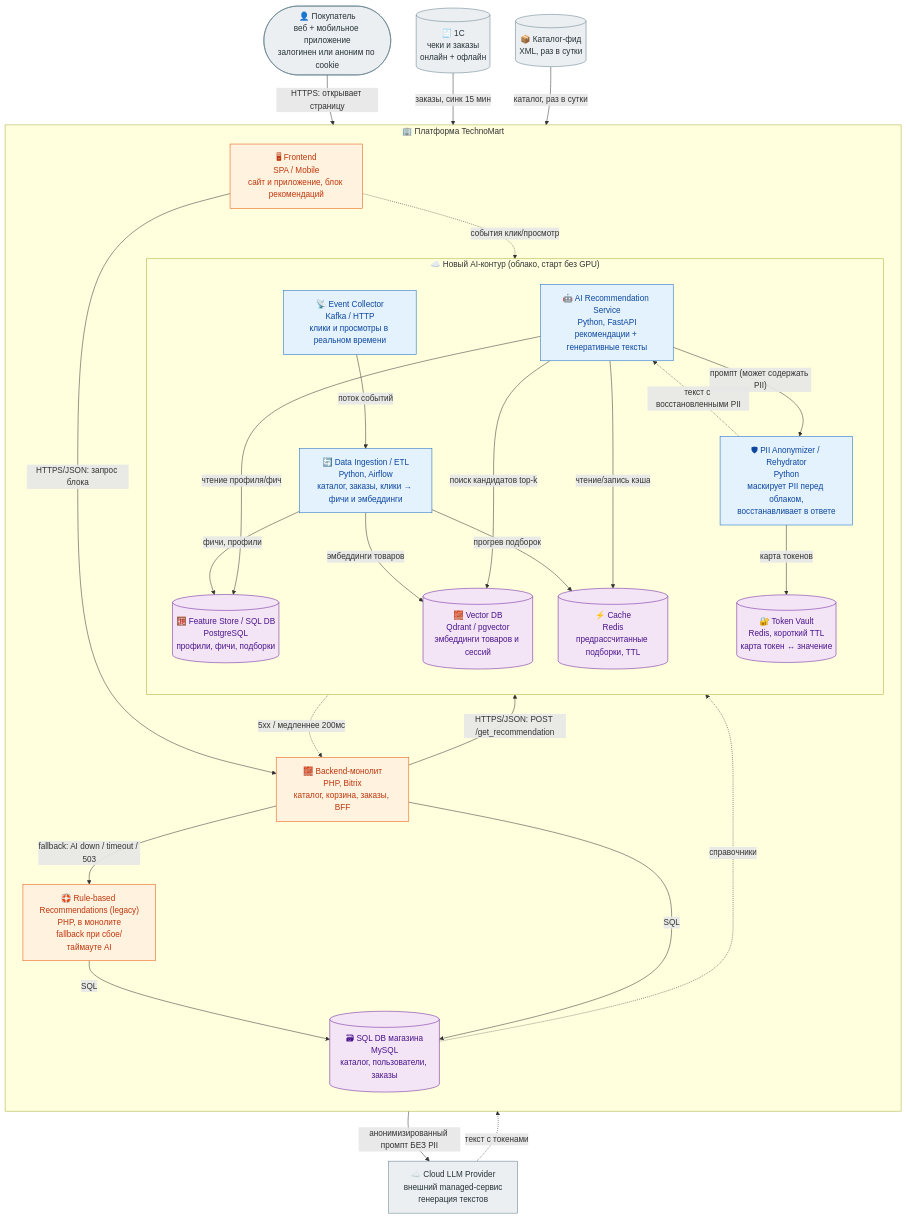
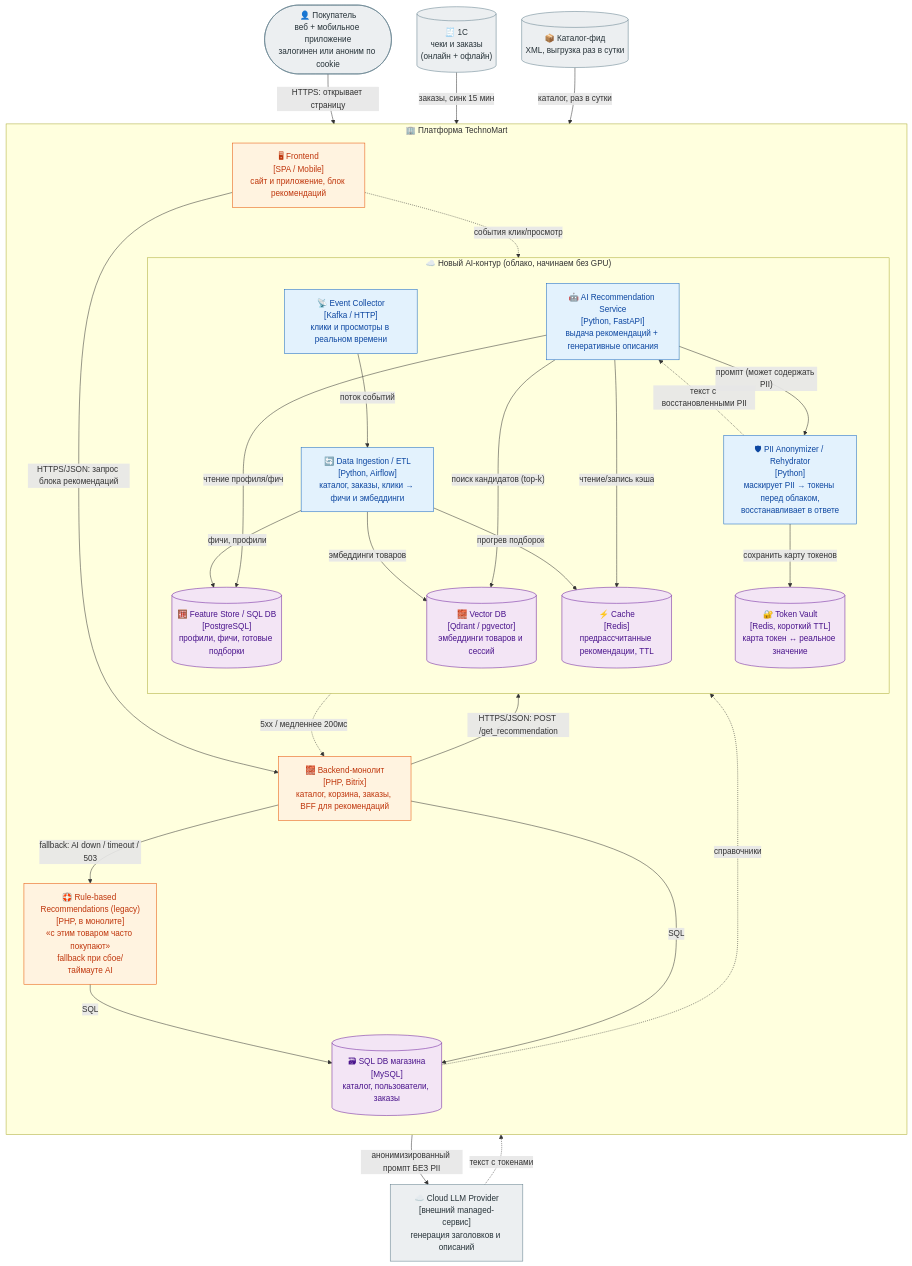
One commit to divisee/otus-ai-architect changed the second of 4 diagrams in hw-2/README.md. Above: the diagram before and after it, drawn with Mermaid. The commit also changed other lines of this file and 3 other files, not shown here.

````diff
--- a/hw-2/README.md
+++ b/hw-2/README.md
@@ -56,63 +58,77 @@
 ```mermaid
 flowchart TB
     User([👤 Покупатель<br/>веб + мобильное приложение<br/>залогинен или аноним по cookie])
 
     subgraph TM["🏢 Платформа TechnoMart"]
         direction TB
-        FE["🖥 Frontend<br/>SPA / Mobile<br/>сайт и приложение, блок рекомендаций"]
-        BE["🧱 Backend-монолит<br/>PHP, Bitrix<br/>каталог, корзина, заказы, BFF"]
-        LEGACY["🛟 Rule-based Recommendations (legacy)<br/>PHP, в монолите<br/>fallback при сбое/таймауте AI"]
-        MYSQL[("🗃 SQL DB магазина<br/>MySQL<br/>каталог, пользователи, заказы")]
 
-        subgraph NEW["☁️ Новый AI-контур (облако, старт без GPU)"]
+        FE["🖥 Frontend<br/>[SPA / Mobile]<br/>сайт и приложение, блок рекомендаций"]
+        BE["🧱 Backend-монолит<br/>[PHP, Bitrix]<br/>каталог, корзина, заказы, BFF для рекомендаций"]
+        LEGACY["🛟 Rule-based Recommendations (legacy)<br/>[PHP, в монолите]<br/>«с этим товаром часто покупают»<br/>fallback при сбое/таймауте AI"]
+        MYSQL[("🗃 SQL DB магазина<br/>[MySQL]<br/>каталог, пользователи, заказы")]
+
+        subgraph NEW["☁️ Новый AI-контур (облако, начинаем без GPU)"]
             direction TB
-            AISVC["🤖 AI Recommendation Service<br/>Python, FastAPI<br/>рекомендации + генеративные тексты"]
-            FS[("🧮 Feature Store / SQL DB<br/>PostgreSQL<br/>профили, фичи, подборки")]
-            VDB[("🧱 Vector DB<br/>Qdrant / pgvector<br/>эмбеддинги товаров и сессий")]
-            CACHE[("⚡ Cache<br/>Redis<br/>предрассчитанные подборки, TTL")]
-            ETL["🔄 Data Ingestion / ETL<br/>Python, Airflow<br/>каталог, заказы, клики → фичи и эмбеддинги"]
-            EVT["📡 Event Collector<br/>Kafka / HTTP<br/>клики и просмотры в реальном времени"]
-            ANON["🛡 PII Anonymizer / Rehydrator<br/>Python<br/>маскирует PII перед облаком,<br/>восстанавливает в ответе"]
-            VAULT[("🔐 Token Vault<br/>Redis, короткий TTL<br/>карта токен ↔ значение")]
+            AISVC["🤖 AI Recommendation Service<br/>[Python, FastAPI]<br/>выдача рекомендаций + генеративные описания"]
+            FS[("🧮 Feature Store / SQL DB<br/>[PostgreSQL]<br/>профили, фичи, готовые подборки")]
+            VDB[("🧱 Vector DB<br/>[Qdrant / pgvector]<br/>эмбеддинги товаров и сессий")]
+            CACHE[("⚡ Cache<br/>[Redis]<br/>предрассчитанные рекомендации, TTL")]
+            ETL["🔄 Data Ingestion / ETL<br/>[Python, Airflow]<br/>каталог, заказы, клики → фичи и эмбеддинги"]
+            EVT["📡 Event Collector<br/>[Kafka / HTTP]<br/>клики и просмотры в реальном времени"]
+            ANON["🛡 PII Anonymizer / Rehydrator<br/>[Python]<br/>маскирует PII → токены перед облаком,<br/>восстанавливает в ответе"]
+            VAULT[("🔐 Token Vault<br/>[Redis, короткий TTL]<br/>карта токен ↔ реальное значение")]
         end
     end
 
-    ONEC[("🧾 1С<br/>чеки и заказы<br/>онлайн + офлайн")]
-    XML[("📦 Каталог-фид<br/>XML, раз в сутки")]
-    CLOUD["☁️ Cloud LLM Provider<br/>внешний managed-сервис<br/>генерация текстов"]
+    %% Внешние источники данных (As-Is)
+    ONEC[("🧾 1С<br/>чеки и заказы<br/>(онлайн + офлайн)")]
+    XML[("📦 Каталог-фид<br/>XML, выгрузка раз в сутки")]
 
+    %% Внешняя облачная генеративная модель (PII в неё не попадает)
+    CLOUD["☁️ Cloud LLM Provider<br/>[внешний managed-сервис]<br/>генерация заголовков и описаний"]
+
+    %% Пользовательский трафик
     User -->|"HTTPS: открывает страницу"| FE
-    FE -->|"HTTPS/JSON: запрос блока"| BE
+    FE -->|"HTTPS/JSON: запрос блока рекомендаций"| BE
     BE -->|"HTTPS/JSON: POST /get_recommendation"| AISVC
     FE -.->|"события клик/просмотр"| EVT
+
+    %% Fallback на старую систему при сбое/таймауте AI Service
     BE -->|"fallback: AI down / timeout / 503"| LEGACY
     AISVC -.->|"5xx / медленнее 200мс"| BE
     LEGACY -->|"SQL"| MYSQL
+
+    %% Чтение данных магазина
     BE -->|"SQL"| MYSQL
 
+    %% Внутри AI-контура
     AISVC -->|"чтение профиля/фич"| FS
-    AISVC -->|"поиск кандидатов top-k"| VDB
+    AISVC -->|"поиск кандидатов (top-k)"| VDB
     AISVC -->|"чтение/запись кэша"| CACHE
+
+    %% Генерация через облако с анонимизацией PII
     AISVC -->|"промпт (может содержать PII)"| ANON
-    ANON -->|"карта токенов"| VAULT
+    ANON -->|"сохранить карту токенов"| VAULT
     ANON -->|"анонимизированный промпт БЕЗ PII"| CLOUD
     CLOUD -.->|"текст с токенами"| ANON
     ANON -.->|"текст с восстановленными PII"| AISVC
 
+    %% Наполнение данными
     ONEC -->|"заказы, синк 15 мин"| ETL
     XML -->|"каталог, раз в сутки"| ETL
     EVT -->|"поток событий"| ETL
     MYSQL -.->|"справочники"| ETL
     ETL -->|"фичи, профили"| FS
     ETL -->|"эмбеддинги товаров"| VDB
     ETL -->|"прогрев подборок"| CACHE
 
     classDef ext fill:#eceff1,stroke:#607d8b,color:#263238;
     classDef be fill:#fff3e0,stroke:#e65100,color:#bf360c;
     classDef ai fill:#e3f2fd,stroke:#1565c0,color:#0d47a1;
     classDef data fill:#f3e5f5,stroke:#6a1b9a,color:#4a148c;
+
     class User,ONEC,XML,CLOUD ext;
     class FE,BE,LEGACY be;
     class AISVC,ETL,EVT,ANON ai;
     class MYSQL,FS,VDB,CACHE,VAULT data;
 ```
````
